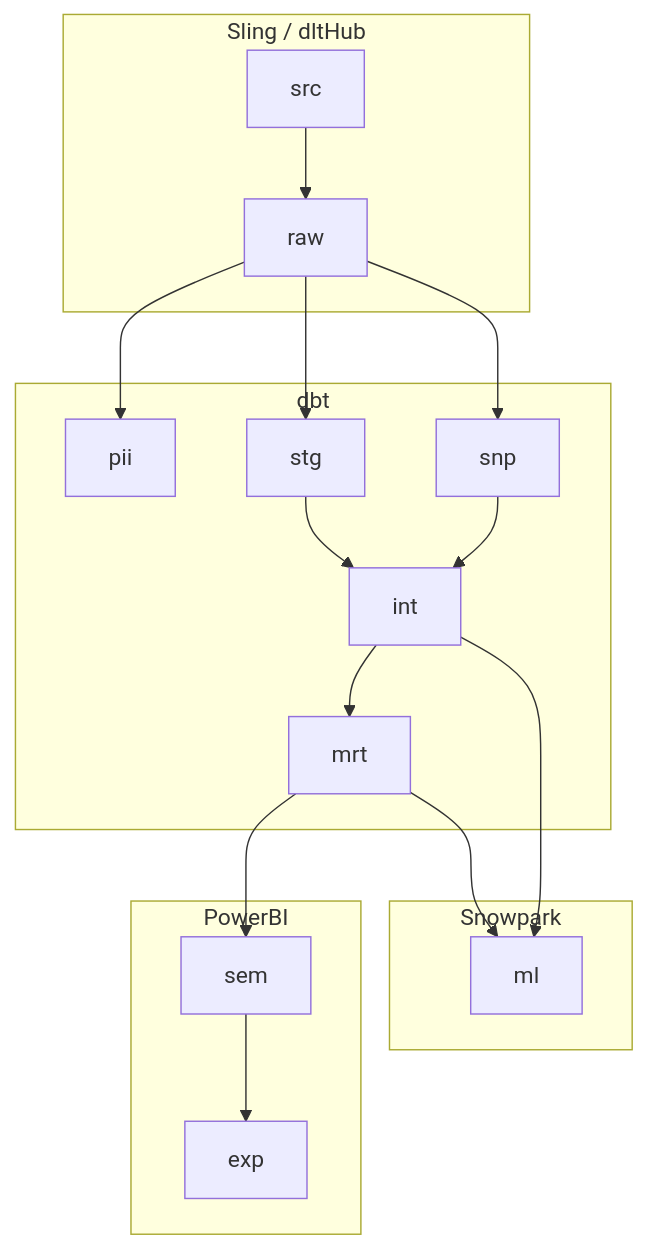
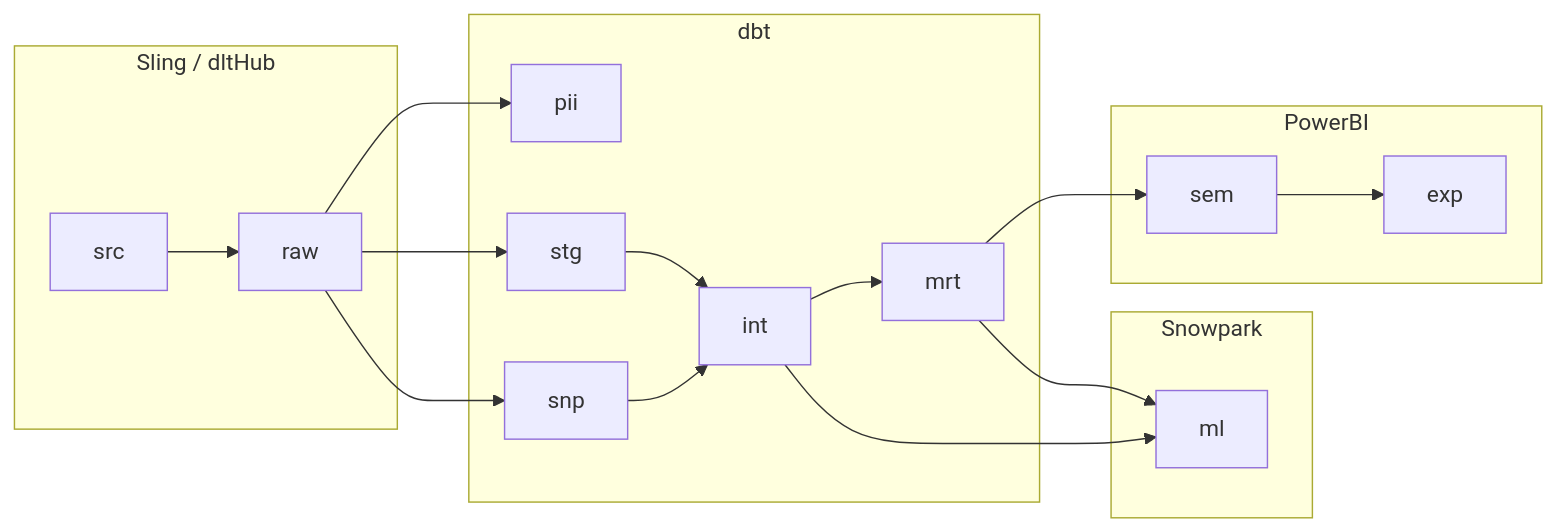
One commit to seancunningham/dagster-dbt-snowflake changed the diagram in README.md. Above: the diagram before and after it, drawn with Mermaid. The commit also changed 108 other files, not shown here.

````diff
--- a/README.md
+++ b/README.md
@@ -7,22 +7,22 @@
 ``` mermaid
-flowchart
+flowchart LR
     subgraph Sling / dltHub 
         src-->raw
     end
     subgraph dbt 
         raw-->pii
         raw-->stg
         raw-->snp
         snp-->int
         stg-->int
         int-->mrt
     end
     subgraph PowerBI
         mrt-->sem
         sem-->exp
     end
     subgraph Snowpark
         mrt-->ml
         int-->ml
     end
 ```
````
